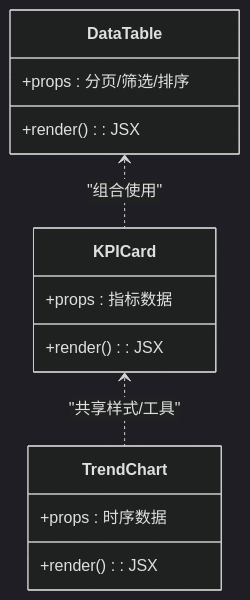
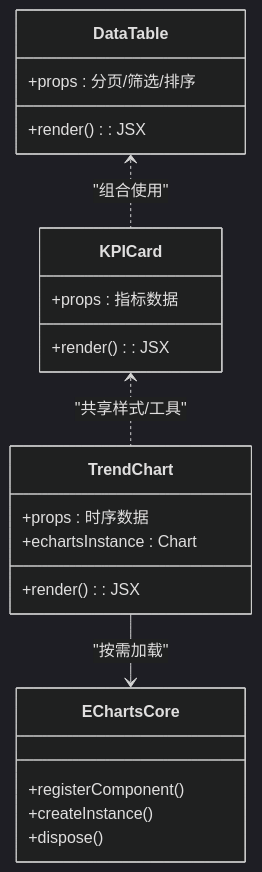
The fifth of 8 diagrams in .qoder/repowiki/zh/content/性能优化/性能优化.md (Damao997/newproject), drawn with Mermaid (dark theme) before and after one commit. The commit also changed other lines of this file and 26 other files, not shown here.

````diff
--- a/.qoder/repowiki/zh/content/性能优化/性能优化.md
+++ b/.qoder/repowiki/zh/content/性能优化/性能优化.md
@@ -171,17 +221,24 @@
 ```mermaid
 classDiagram
 class KPICard {
 +props : 指标数据
 +render() : JSX
 }
 class TrendChart {
 +props : 时序数据
 +render() : JSX
++echartsInstance : Chart
 }
 class DataTable {
 +props : 分页/筛选/排序
 +render() : JSX
 }
+class EChartsCore {
++registerComponent()
++createInstance()
++dispose()
+}
 KPICard <.. TrendChart : "共享样式/工具"
 DataTable <.. KPICard : "组合使用"
+TrendChart --> EChartsCore : "按需加载"
 ```
````
